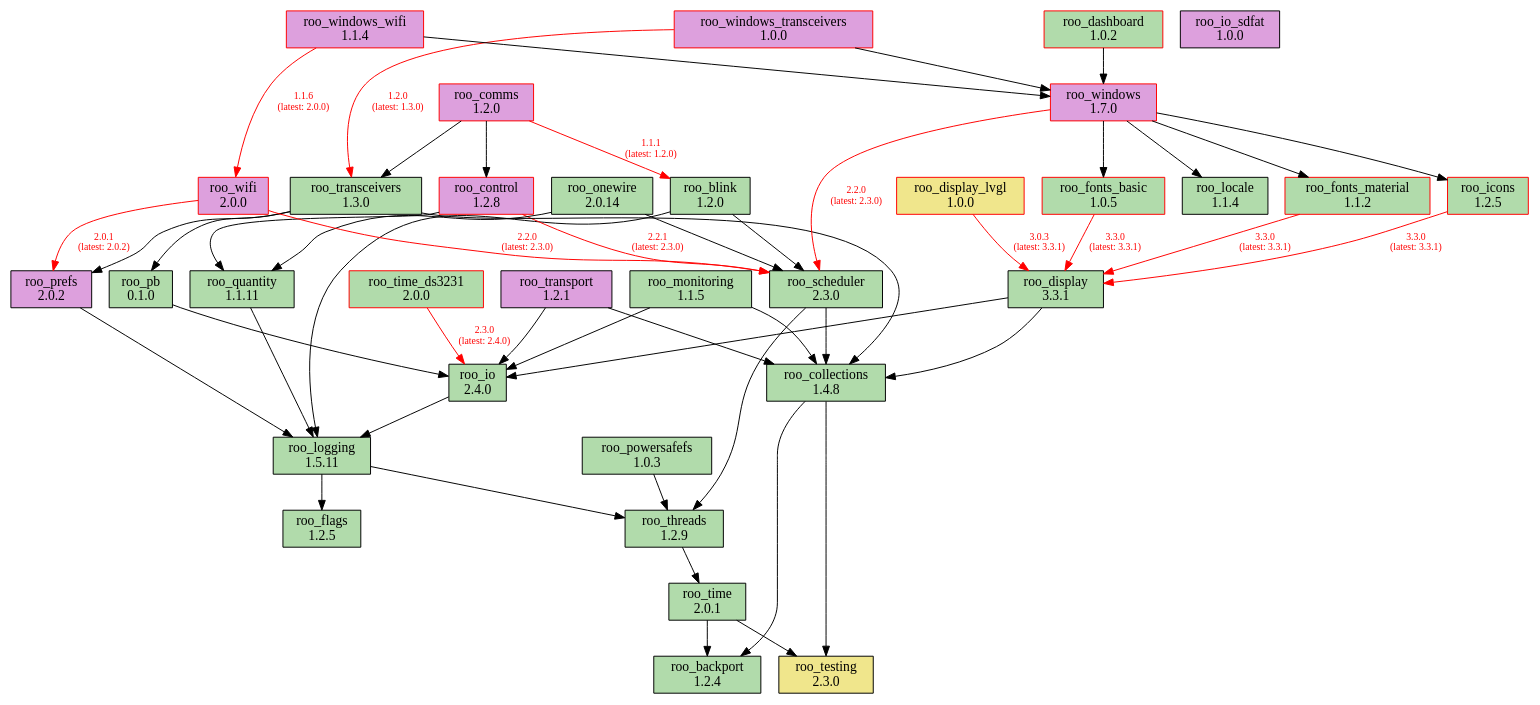
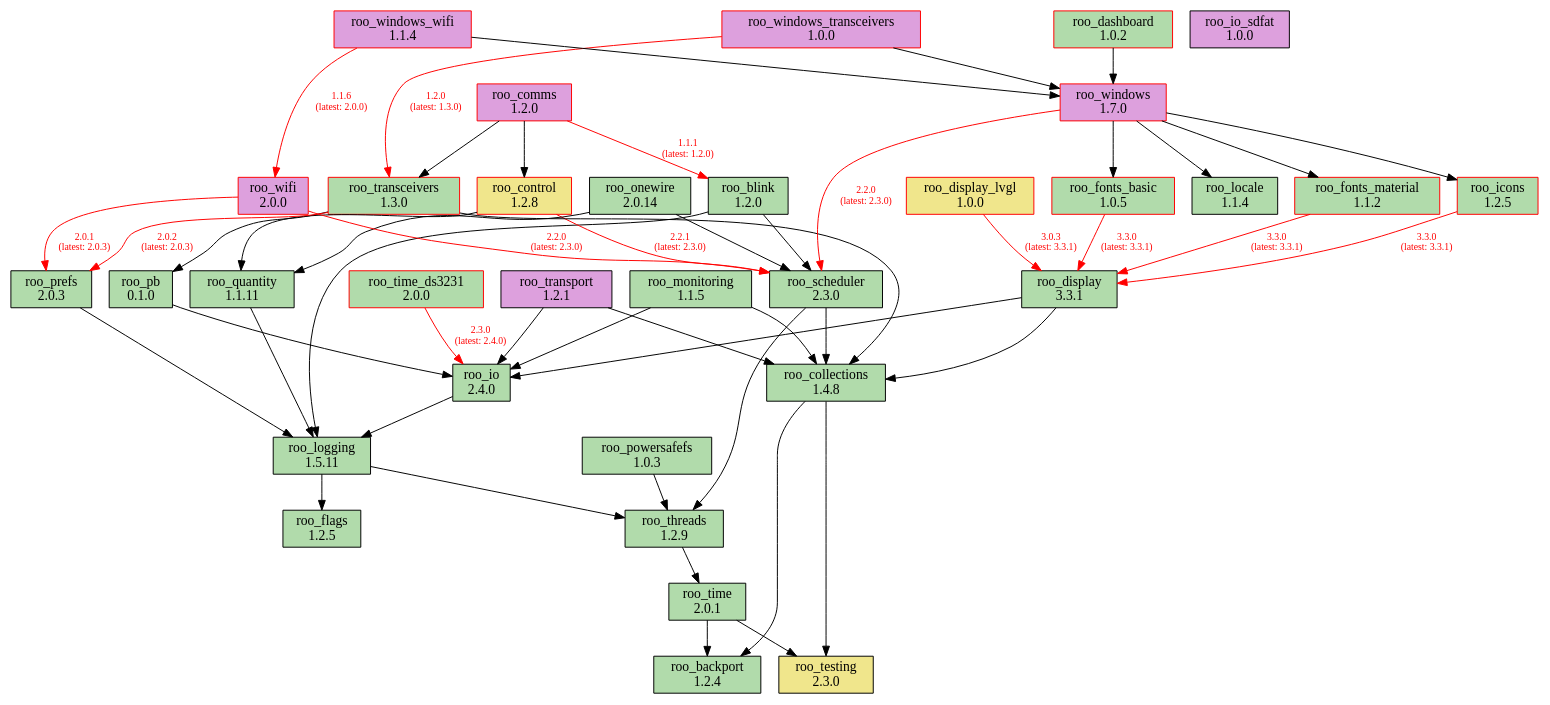
The diagram in doc/dependencies.dot (dejwk/roo-registry), drawn with Graphviz before and after one commit. The commit also changed 3 other files, not shown here.

Commit message:
Added roo_prefs 2.0.3 to the registry.

```diff
--- a/doc/dependencies.dot
+++ b/doc/dependencies.dot
@@ -1,91 +1,91 @@
 digraph dependencies {
     rankdir=TB;
     node [shape=box, style=filled];
     edge [fontsize=10];
 
     // Modules
     "roo_backport" [label="roo_backport\n1.2.4", fillcolor="#b1dbab", color="black"];
     "roo_blink" [label="roo_blink\n1.2.0", fillcolor="#b1dbab", color="black"];
     "roo_collections" [label="roo_collections\n1.4.8", fillcolor="#b1dbab", color="black"];
     "roo_comms" [label="roo_comms\n1.2.0", fillcolor="plum", color="red"];
-    "roo_control" [label="roo_control\n1.2.8", fillcolor="plum", color="red"];
+    "roo_control" [label="roo_control\n1.2.8", fillcolor="khaki", color="red"];
     "roo_dashboard" [label="roo_dashboard\n1.0.2", fillcolor="#b1dbab", color="red"];
     "roo_display" [label="roo_display\n3.3.1", fillcolor="#b1dbab", color="black"];
     "roo_display_lvgl" [label="roo_display_lvgl\n1.0.0", fillcolor="khaki", color="red"];
     "roo_flags" [label="roo_flags\n1.2.5", fillcolor="#b1dbab", color="black"];
     "roo_fonts_basic" [label="roo_fonts_basic\n1.0.5", fillcolor="#b1dbab", color="red"];
     "roo_fonts_material" [label="roo_fonts_material\n1.1.2", fillcolor="#b1dbab", color="red"];
     "roo_icons" [label="roo_icons\n1.2.5", fillcolor="#b1dbab", color="red"];
     "roo_io" [label="roo_io\n2.4.0", fillcolor="#b1dbab", color="black"];
     "roo_io_sdfat" [label="roo_io_sdfat\n1.0.0", fillcolor="plum", color="black"];
     "roo_locale" [label="roo_locale\n1.1.4", fillcolor="#b1dbab", color="black"];
     "roo_logging" [label="roo_logging\n1.5.11", fillcolor="#b1dbab", color="black"];
     "roo_monitoring" [label="roo_monitoring\n1.1.5", fillcolor="#b1dbab", color="black"];
     "roo_onewire" [label="roo_onewire\n2.0.14", fillcolor="#b1dbab", color="black"];
     "roo_pb" [label="roo_pb\n0.1.0", fillcolor="#b1dbab", color="black"];
     "roo_powersafefs" [label="roo_powersafefs\n1.0.3", fillcolor="#b1dbab", color="black"];
-    "roo_prefs" [label="roo_prefs\n2.0.2", fillcolor="plum", color="black"];
+    "roo_prefs" [label="roo_prefs\n2.0.3", fillcolor="#b1dbab", color="black"];
     "roo_quantity" [label="roo_quantity\n1.1.11", fillcolor="#b1dbab", color="black"];
     "roo_scheduler" [label="roo_scheduler\n2.3.0", fillcolor="#b1dbab", color="black"];
     "roo_testing" [label="roo_testing\n2.3.0", fillcolor="khaki", color="black"];
     "roo_threads" [label="roo_threads\n1.2.9", fillcolor="#b1dbab", color="black"];
     "roo_time" [label="roo_time\n2.0.1", fillcolor="#b1dbab", color="black"];
     "roo_time_ds3231" [label="roo_time_ds3231\n2.0.0", fillcolor="#b1dbab", color="red"];
-    "roo_transceivers" [label="roo_transceivers\n1.3.0", fillcolor="#b1dbab", color="black"];
+    "roo_transceivers" [label="roo_transceivers\n1.3.0", fillcolor="#b1dbab", color="red"];
     "roo_transport" [label="roo_transport\n1.2.1", fillcolor="plum", color="black"];
     "roo_wifi" [label="roo_wifi\n2.0.0", fillcolor="plum", color="red"];
     "roo_windows" [label="roo_windows\n1.7.0", fillcolor="plum", color="red"];
     "roo_windows_transceivers" [label="roo_windows_transceivers\n1.0.0", fillcolor="plum", color="red"];
     "roo_windows_wifi" [label="roo_windows_wifi\n1.1.4", fillcolor="plum", color="red"];
 
     // Dependencies
     "roo_blink" -> "roo_logging";
     "roo_blink" -> "roo_scheduler";
     "roo_collections" -> "roo_testing";
     "roo_collections" -> "roo_backport";
     "roo_comms" -> "roo_blink" [color=red, fontcolor=red, label="1.1.1\n(latest: 1.2.0)"];
     "roo_comms" -> "roo_control";
     "roo_comms" -> "roo_transceivers";
     "roo_control" -> "roo_quantity";
     "roo_control" -> "roo_scheduler" [color=red, fontcolor=red, label="2.2.1\n(latest: 2.3.0)"];
     "roo_dashboard" -> "roo_windows";
     "roo_display" -> "roo_collections";
     "roo_display" -> "roo_io";
     "roo_display_lvgl" -> "roo_display" [color=red, fontcolor=red, label="3.0.3\n(latest: 3.3.1)"];
     "roo_fonts_basic" -> "roo_display" [color=red, fontcolor=red, label="3.3.0\n(latest: 3.3.1)"];
     "roo_fonts_material" -> "roo_display" [color=red, fontcolor=red, label="3.3.0\n(latest: 3.3.1)"];
     "roo_icons" -> "roo_display" [color=red, fontcolor=red, label="3.3.0\n(latest: 3.3.1)"];
     "roo_io" -> "roo_logging";
     "roo_logging" -> "roo_flags";
     "roo_logging" -> "roo_threads";
     "roo_monitoring" -> "roo_collections";
     "roo_monitoring" -> "roo_io";
     "roo_onewire" -> "roo_scheduler";
     "roo_onewire" -> "roo_quantity";
     "roo_pb" -> "roo_io";
     "roo_powersafefs" -> "roo_threads";
     "roo_prefs" -> "roo_logging";
     "roo_quantity" -> "roo_logging";
     "roo_scheduler" -> "roo_collections";
     "roo_scheduler" -> "roo_threads";
     "roo_threads" -> "roo_time";
     "roo_time" -> "roo_testing";
     "roo_time" -> "roo_backport";
     "roo_time_ds3231" -> "roo_io" [color=red, fontcolor=red, label="2.3.0\n(latest: 2.4.0)"];
     "roo_transceivers" -> "roo_pb";
     "roo_transceivers" -> "roo_collections";
-    "roo_transceivers" -> "roo_prefs";
+    "roo_transceivers" -> "roo_prefs" [color=red, fontcolor=red, label="2.0.2\n(latest: 2.0.3)"];
     "roo_transport" -> "roo_collections";
     "roo_transport" -> "roo_io";
-    "roo_wifi" -> "roo_prefs" [color=red, fontcolor=red, label="2.0.1\n(latest: 2.0.2)"];
+    "roo_wifi" -> "roo_prefs" [color=red, fontcolor=red, label="2.0.1\n(latest: 2.0.3)"];
     "roo_wifi" -> "roo_scheduler" [color=red, fontcolor=red, label="2.2.0\n(latest: 2.3.0)"];
     "roo_windows" -> "roo_fonts_basic";
     "roo_windows" -> "roo_fonts_material";
     "roo_windows" -> "roo_locale";
     "roo_windows" -> "roo_icons";
     "roo_windows" -> "roo_scheduler" [color=red, fontcolor=red, label="2.2.0\n(latest: 2.3.0)"];
     "roo_windows_transceivers" -> "roo_transceivers" [color=red, fontcolor=red, label="1.2.0\n(latest: 1.3.0)"];
     "roo_windows_transceivers" -> "roo_windows";
     "roo_windows_wifi" -> "roo_wifi" [color=red, fontcolor=red, label="1.1.6\n(latest: 2.0.0)"];
     "roo_windows_wifi" -> "roo_windows";
 }
```
